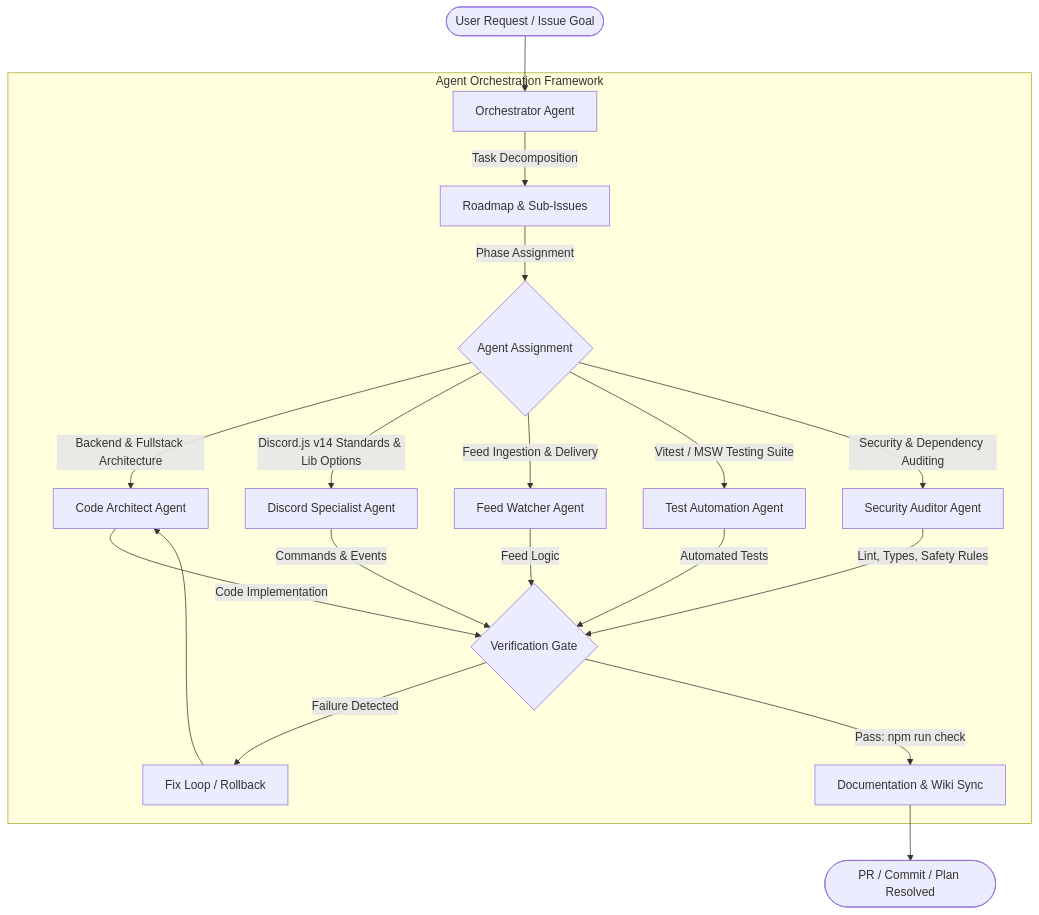
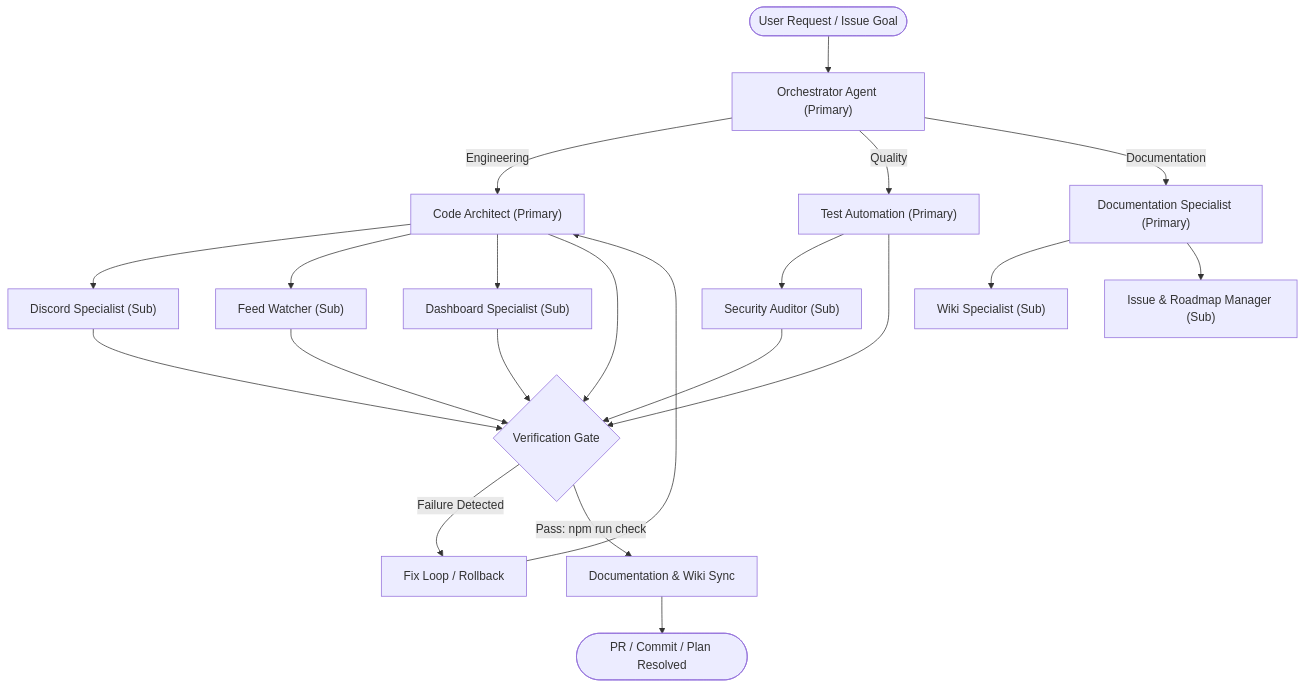
The diagram in AGENTS.md (HELIX-Origin/HELIX-Discord-Bot), drawn with Mermaid before and after one commit. The commit also changed other lines of this file and 17 other files, not shown here.

Commit message:
📝 docs(agents): restructure agent ecosystem into primary agents with sub-agents

````diff
--- a/AGENTS.md
+++ b/AGENTS.md
@@ -163,28 +163,28 @@
 ```mermaid
 flowchart TD
-    UserGoal([User Request / Issue Goal]) --> Orchestrator[Orchestrator Agent]
-    
-    subgraph OrchestrationCycle [Agent Orchestration Framework]
-        Orchestrator -->|Task Decomposition| RoadmapPlan[Roadmap & Sub-Issues]
-        RoadmapPlan -->|Phase Assignment| DevTeam{Agent Assignment}
-        
-        DevTeam -->|Backend & Fullstack Architecture| Architect[Code Architect Agent]
-        DevTeam -->|Discord.js v14 Standards & Lib Options| DiscordAgent[Discord Specialist Agent]
-        DevTeam -->|Feed Ingestion & Delivery| FeedWatcher[Feed Watcher Agent]
-        DevTeam -->|Vitest / MSW Testing Suite| Tester[Test Automation Agent]
-        DevTeam -->|Security & Dependency Auditing| Auditor[Security Auditor Agent]
-        
-        Architect -->|Code Implementation| VerifyGate{Verification Gate}
-        DiscordAgent -->|Commands & Events| VerifyGate
-        FeedWatcher -->|Feed Logic| VerifyGate
-        Tester -->|Automated Tests| VerifyGate
-        Auditor -->|Lint, Types, Safety Rules| VerifyGate
-        
-        VerifyGate -->|Failure Detected| Rollback[Fix Loop / Rollback]
-        Rollback --> Architect
-        
-        VerifyGate -->|Pass: npm run check| DocsSync[Documentation & Wiki Sync]
-    end
-    
-    DocsSync --> Complete([PR / Commit / Plan Resolved])
+    UserGoal(["User Request / Issue Goal"]) --> Orchestrator["Orchestrator Agent (Primary)"]
+
+    Orchestrator -->|"Engineering"| Engineering["Code Architect (Primary)"]
+    Orchestrator -->|"Quality"| Quality["Test Automation (Primary)"]
+    Orchestrator -->|"Documentation"| Documentation["Documentation Specialist (Primary)"]
+
+    Engineering --> DiscordSer["Discord Specialist (Sub)"]
+    Engineering --> FeedWatcher["Feed Watcher (Sub)"]
+    Engineering --> DashboardSer["Dashboard Specialist (Sub)"]
+    Quality --> Auditor["Security Auditor (Sub)"]
+    Documentation --> WikiSer["Wiki Specialist (Sub)"]
+    Documentation --> IssueMgr["Issue & Roadmap Manager (Sub)"]
+
+    Engineering --> VerifyGate{"Verification Gate"}
+    Quality --> VerifyGate
+    DiscordSer --> VerifyGate
+    FeedWatcher --> VerifyGate
+    DashboardSer --> VerifyGate
+    Auditor --> VerifyGate
+
+    VerifyGate -->|"Failure Detected"| Rollback["Fix Loop / Rollback"]
+    Rollback --> Engineering
+
+    VerifyGate -->|"Pass: npm run check"| DocsSync["Documentation & Wiki Sync"]
+    DocsSync --> Complete(["PR / Commit / Plan Resolved"])
 ```
````
